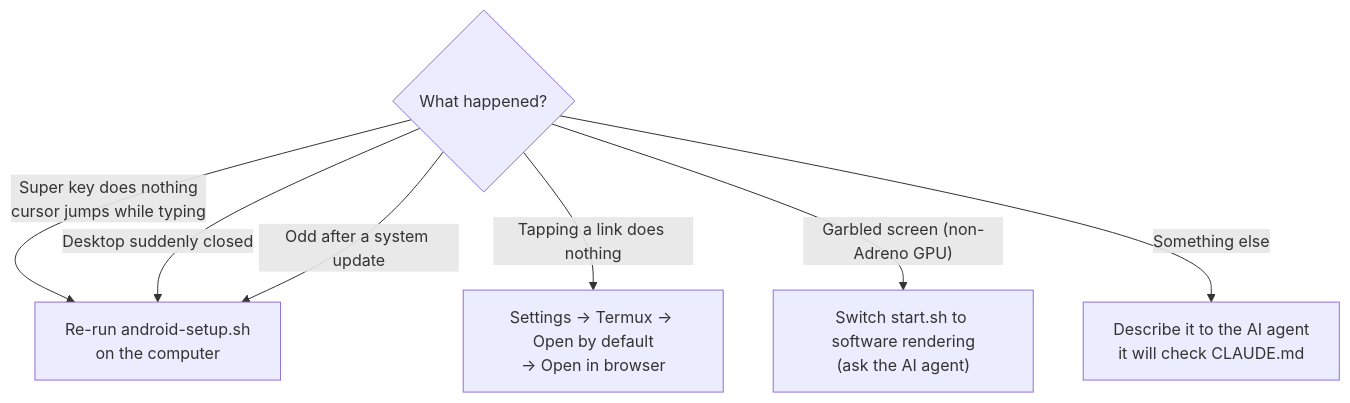
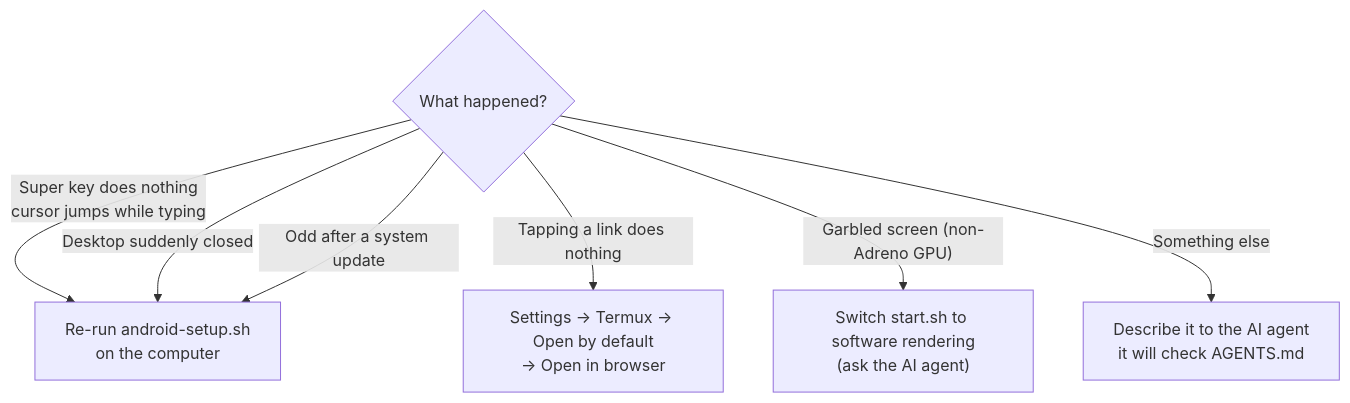
The fifth of 7 diagrams in README.md (ian902792/omarchy-pad), drawn with Mermaid before and after one commit. The commit also changed other lines of this file and 4 other files, not shown here.

Commit message:
Rename CLAUDE.md to AGENTS.md (CLAUDE.md imports it), public-repo notice, ignore .DS_Store

````diff
--- a/README.md
+++ b/README.md
@@ -148,10 +148,10 @@
 ```mermaid
 flowchart TD
     P{"What happened?"}
     P -->|"Super key does nothing<br>cursor jumps while typing"| F1["Re-run android-setup.sh<br>on the computer"]
     P -->|"Desktop suddenly closed"| F1
     P -->|"Odd after a system update"| F1
     P -->|"Tapping a link does nothing"| F2["Settings → Termux → Open by default<br>→ Open in browser"]
     P -->|"Garbled screen (non-Adreno GPU)"| F3["Switch start.sh to software rendering<br>(ask the AI agent)"]
-    P -->|"Something else"| F4["Describe it to the AI agent<br>it will check CLAUDE.md"]
+    P -->|"Something else"| F4["Describe it to the AI agent<br>it will check AGENTS.md"]
 ```
````
